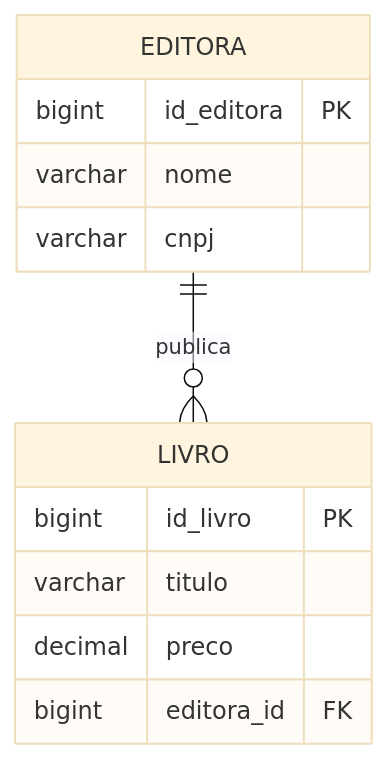
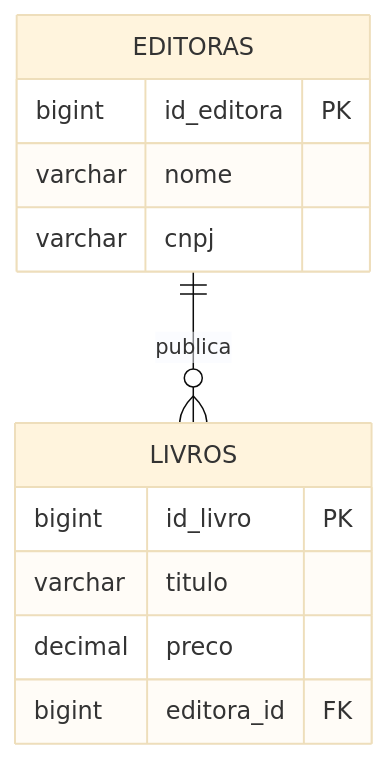
Before and after one commit to DSM-Fatec-Jahu/Banco-de-Dados-Relacional-IBD015: diagram 11 of 12 in aulas/Cardinalidade_MER_Completo.md, drawn with Mermaid (base theme). The commit also changed other lines of this file and 1 other file, not shown here.

````diff
--- a/aulas/Cardinalidade_MER_Completo.md
+++ b/aulas/Cardinalidade_MER_Completo.md
@@ -525,17 +525,17 @@
 ```mermaid
 erDiagram
-    EDITORA {
+    EDITORAS {
         bigint id_editora PK
         varchar nome
         varchar cnpj
     }
 
-    LIVRO {
+    LIVROS {
         bigint id_livro PK
         varchar titulo
         decimal preco
         bigint editora_id FK
     }
 
-    EDITORA ||--o{ LIVRO : "publica"
+    EDITORAS ||--o{ LIVROS : "publica"
 ```
````
